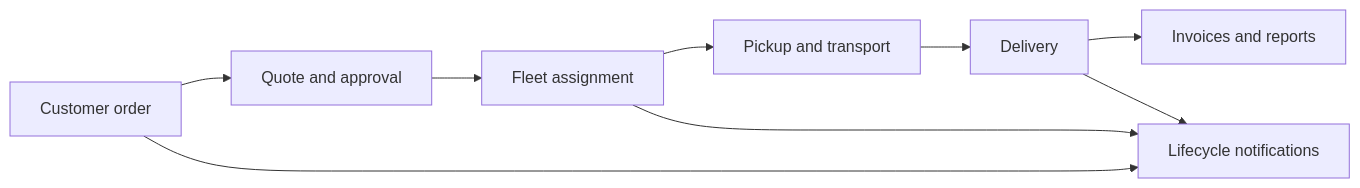
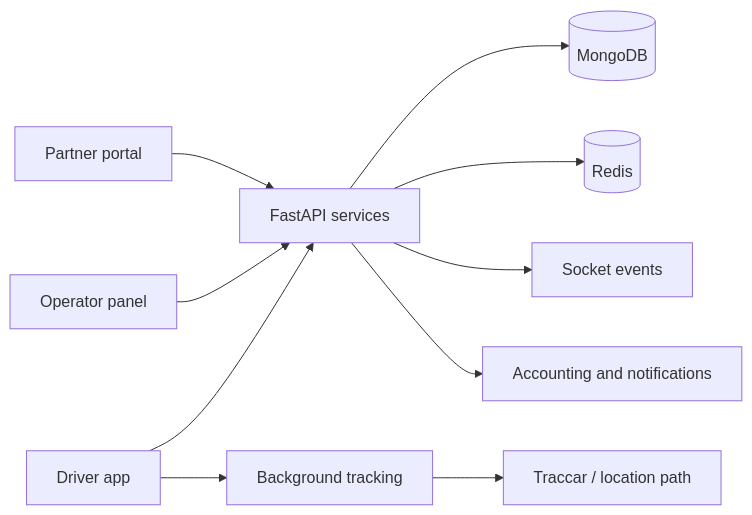
One commit to saidoarici/portfolio changed the diagram in projects/rawabet.md. Above: the diagram before and after it, drawn with Mermaid. The commit also changed other lines of this file and 30 other files, not shown here.

````diff
--- a/projects/rawabet.md
+++ b/projects/rawabet.md
@@ -27,11 +61,12 @@
 ```mermaid
 flowchart LR
-  A[Customer order] --> B[Quote and approval]
-  B --> C[Fleet assignment]
-  C --> D[Pickup and transport]
-  D --> E[Delivery]
-  E --> F[Invoices and reports]
-  A --> G[Lifecycle notifications]
-  C --> G
-  E --> G
+  A[Partner portal] --> D[FastAPI services]
+  B[Operator panel] --> D
+  C[Driver app] --> D
+  D --> E[(MongoDB)]
+  D --> F[(Redis)]
+  D --> G[Socket events]
+  C --> H[Background tracking]
+  H --> I[Traccar / location path]
+  D --> J[Accounting and notifications]
 ```
````
